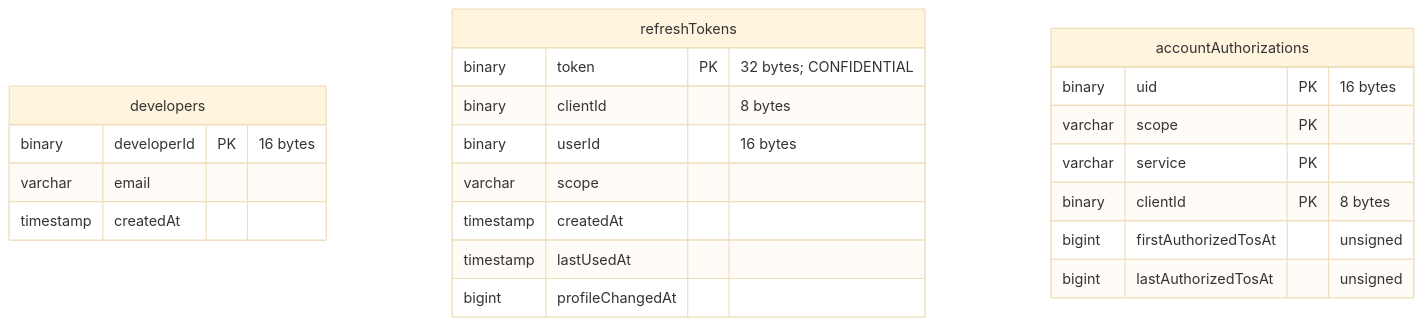
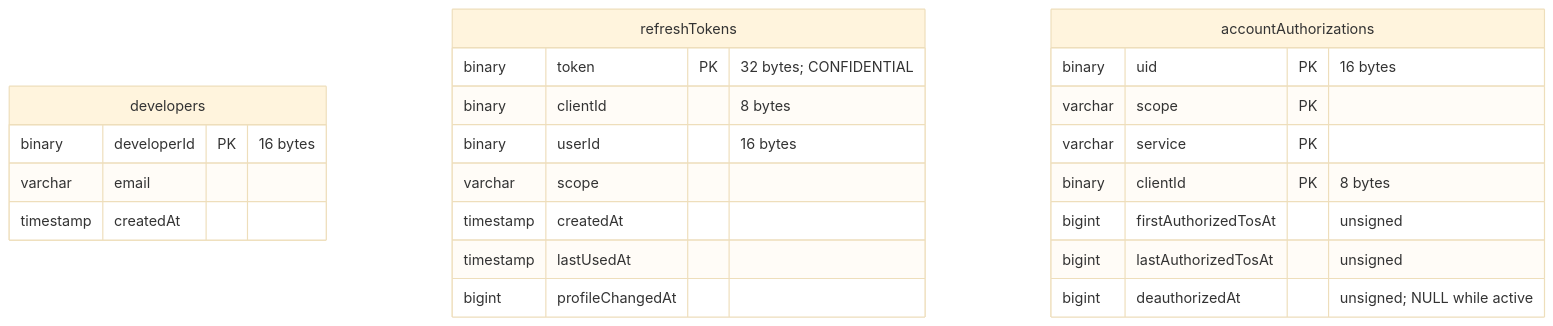
Before and after one commit to mozilla/ecosystem-platform: diagram 16 of 19 in docs/reference/database-structure.md, drawn with Mermaid (base theme). The commit also changed other lines of this file and 4 other files, not shown here.

````diff
--- a/docs/reference/database-structure.md
+++ b/docs/reference/database-structure.md
@@ -431,25 +431,26 @@
 ```mermaid
 erDiagram
     developers {
         binary developerId PK "16 bytes"
         varchar email
         timestamp createdAt
     }
     refreshTokens {
         binary token PK "32 bytes; CONFIDENTIAL"
         binary clientId "8 bytes"
         binary userId "16 bytes"
         varchar scope
         timestamp createdAt
         timestamp lastUsedAt
         bigint profileChangedAt
     }
     accountAuthorizations {
         binary uid PK "16 bytes"
         varchar scope PK
         varchar service PK
         binary clientId PK "8 bytes"
         bigint firstAuthorizedTosAt "unsigned"
         bigint lastAuthorizedTosAt "unsigned"
+        bigint deauthorizedAt "unsigned; NULL while active"
     }
 ```
````
